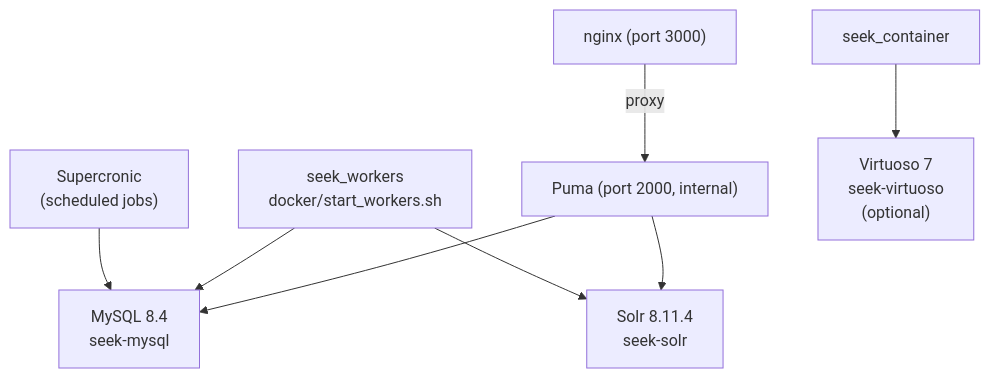
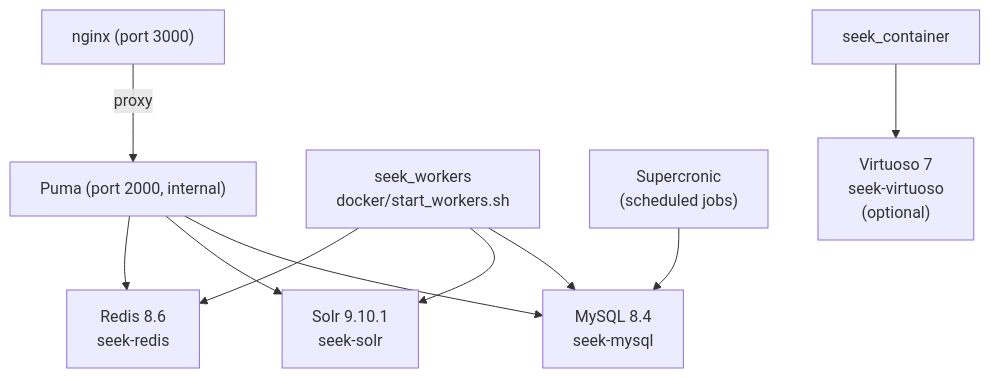
One commit to stuzart/seek-dev-notes changed the first of 2 diagrams in _docs/docker.md. Above: the diagram before and after it, drawn with Mermaid. The commit also changed other lines of this file and 18 other files, not shown here.

````diff
--- a/_docs/docker.md
+++ b/_docs/docker.md
@@ -17,18 +17,21 @@
 ```mermaid
 graph TD
     nginx["nginx (port 3000)"]
     puma["Puma (port 2000, internal)"]
     workers["seek_workers\ndocker/start_workers.sh"]
     cron["Supercronic\n(scheduled jobs)"]
     db["MySQL 8.4\nseek-mysql"]
-    solr["Solr 8.11.4\nseek-solr"]
+    solr["Solr 9.10.1\nseek-solr"]
+    redis["Redis 8.6\nseek-redis"]
     virt["Virtuoso 7\nseek-virtuoso\n(optional)"]
 
     nginx -->|proxy| puma
     puma --> db
     puma --> solr
+    puma --> redis
     workers --> db
     workers --> solr
+    workers --> redis
     cron --> db
     seek_container --> virt
 ```
````
